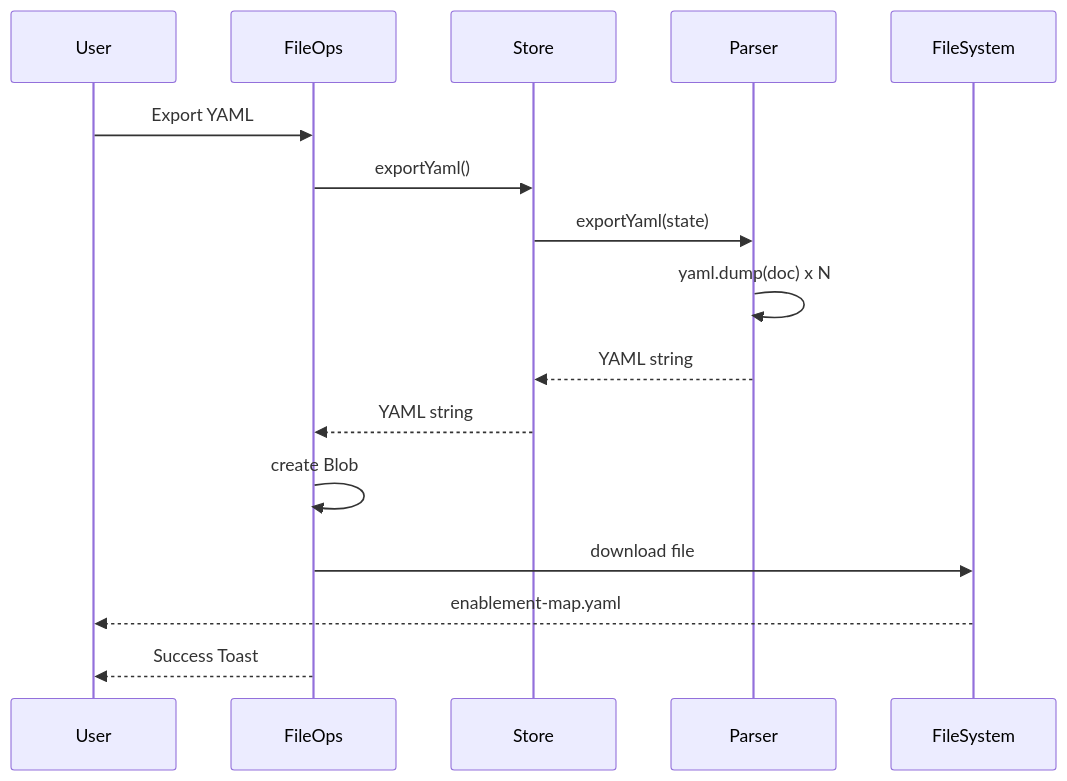
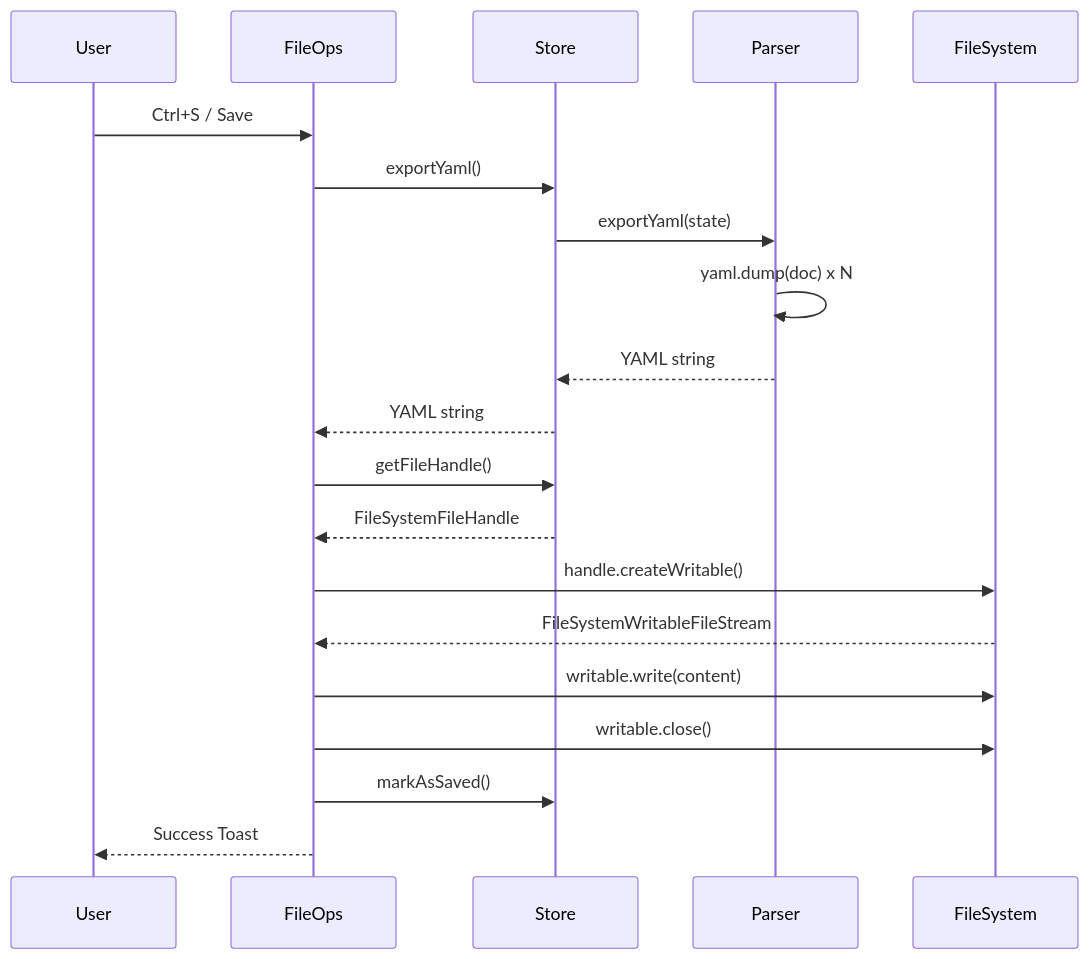
Before and after one commit to suwa-sh/enablement-map-studio: the seventh of 9 diagrams in ARCHITECTURE.md, drawn with Mermaid. The commit also changed other lines of this file and 3 other files, not shown here.

````diff
--- a/ARCHITECTURE.md
+++ b/ARCHITECTURE.md
@@ -271,19 +269,23 @@
 ```mermaid
 sequenceDiagram
     participant User
     participant FileOps
     participant Store
     participant Parser
     participant FileSystem
 
-    User->>FileOps: Export YAML
+    User->>FileOps: Ctrl+S / Save
     FileOps->>Store: exportYaml()
     Store->>Parser: exportYaml(state)
     Parser->>Parser: yaml.dump(doc) x N
     Parser-->>Store: YAML string
     Store-->>FileOps: YAML string
-    FileOps->>FileOps: create Blob
-    FileOps->>FileSystem: download file
-    FileSystem-->>User: enablement-map.yaml
+    FileOps->>Store: getFileHandle()
+    Store-->>FileOps: FileSystemFileHandle
+    FileOps->>FileSystem: handle.createWritable()
+    FileSystem-->>FileOps: FileSystemWritableFileStream
+    FileOps->>FileSystem: writable.write(content)
+    FileOps->>FileSystem: writable.close()
+    FileOps->>Store: markAsSaved()
     FileOps-->>User: Success Toast
 ```
````
